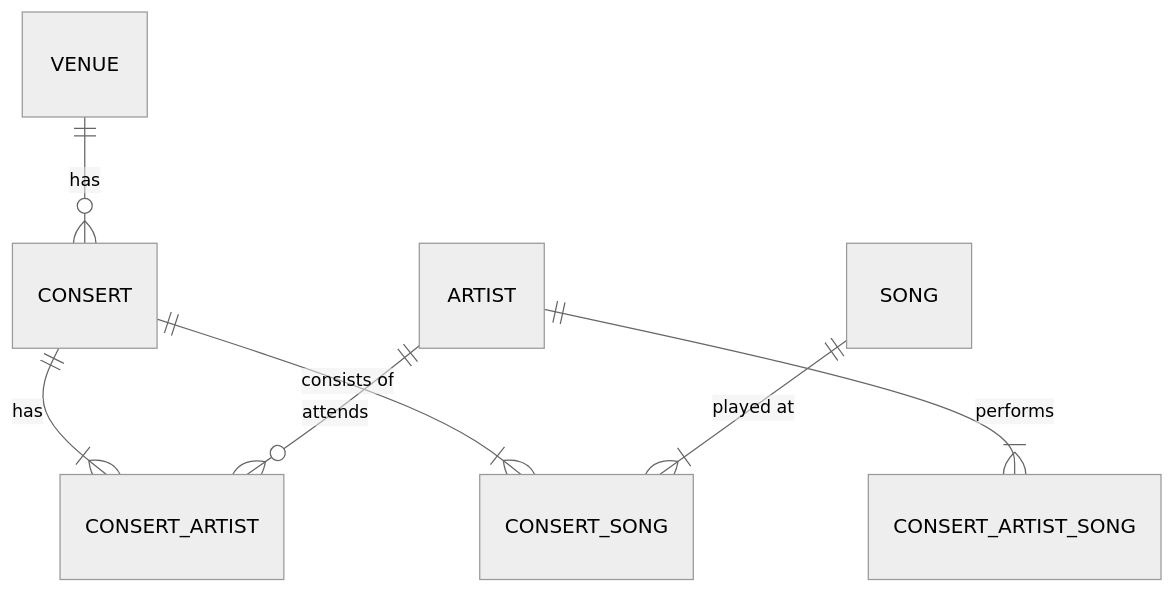
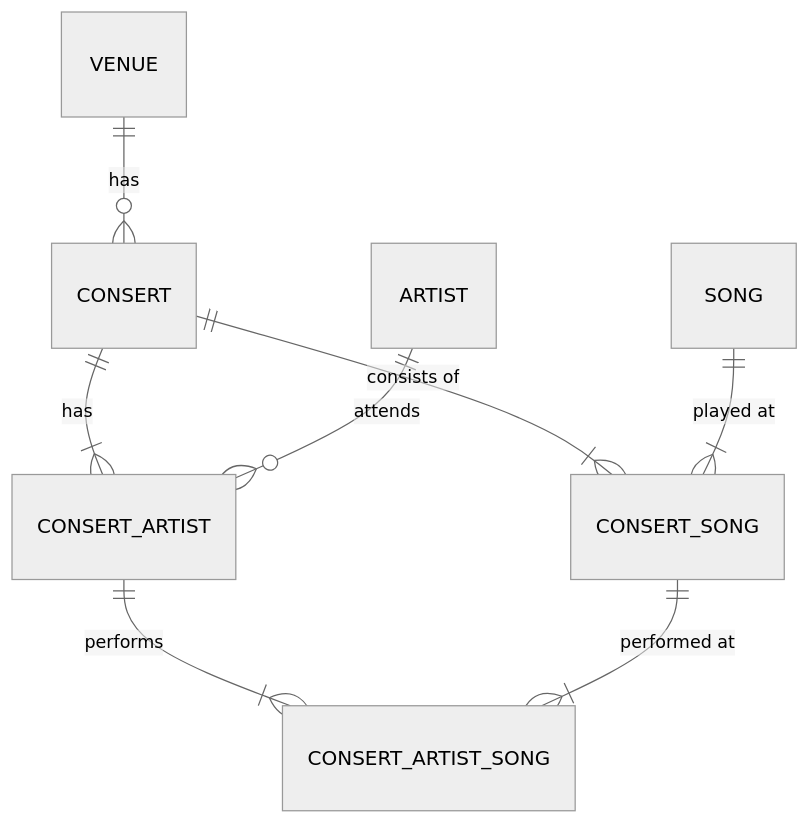
One commit to Omegapoint-Norge-Academy/storage-and-databases changed the second of 2 diagrams in workshop/01-database-modelling/suggested-solution/ErDiagram.md. Above: the diagram before and after it, drawn with Mermaid (neutral theme).

Commit message:
Fix mermaid ER diagram for suggested solution in the worshop part 01

````diff
--- a/workshop/01-database-modelling/suggested-solution/ErDiagram.md
+++ b/workshop/01-database-modelling/suggested-solution/ErDiagram.md
@@ -9,9 +9,10 @@
 ```mermaid
 erDiagram
     VENUE ||--o{ CONSERT : has
     CONSERT ||--|{ CONSERT_ARTIST : has
     ARTIST ||--o{ CONSERT_ARTIST : attends
     CONSERT ||--|{ CONSERT_SONG : "consists of"
     SONG ||--|{ CONSERT_SONG : "played at"
-    ARTIST ||--|{ CONSERT_ARTIST_SONG : "performs"
+    CONSERT_ARTIST ||--|{ CONSERT_ARTIST_SONG : "performs"
+    CONSERT_SONG ||--|{ CONSERT_ARTIST_SONG : "performed at"
 ```
````
